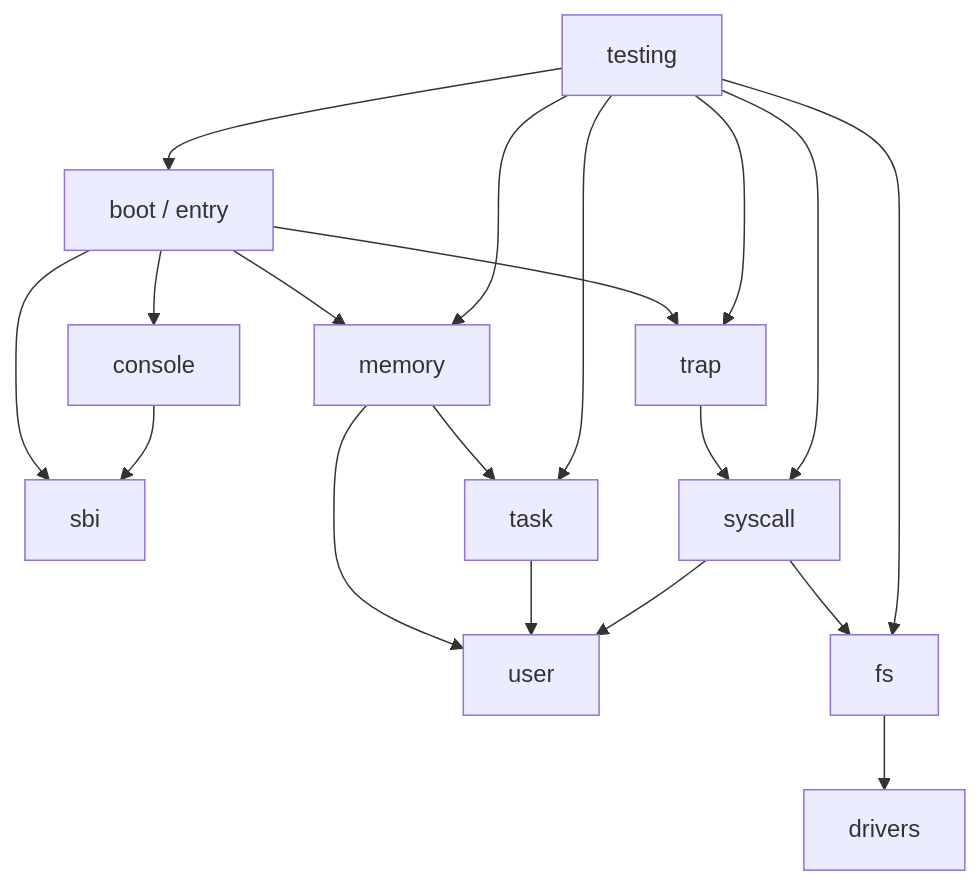
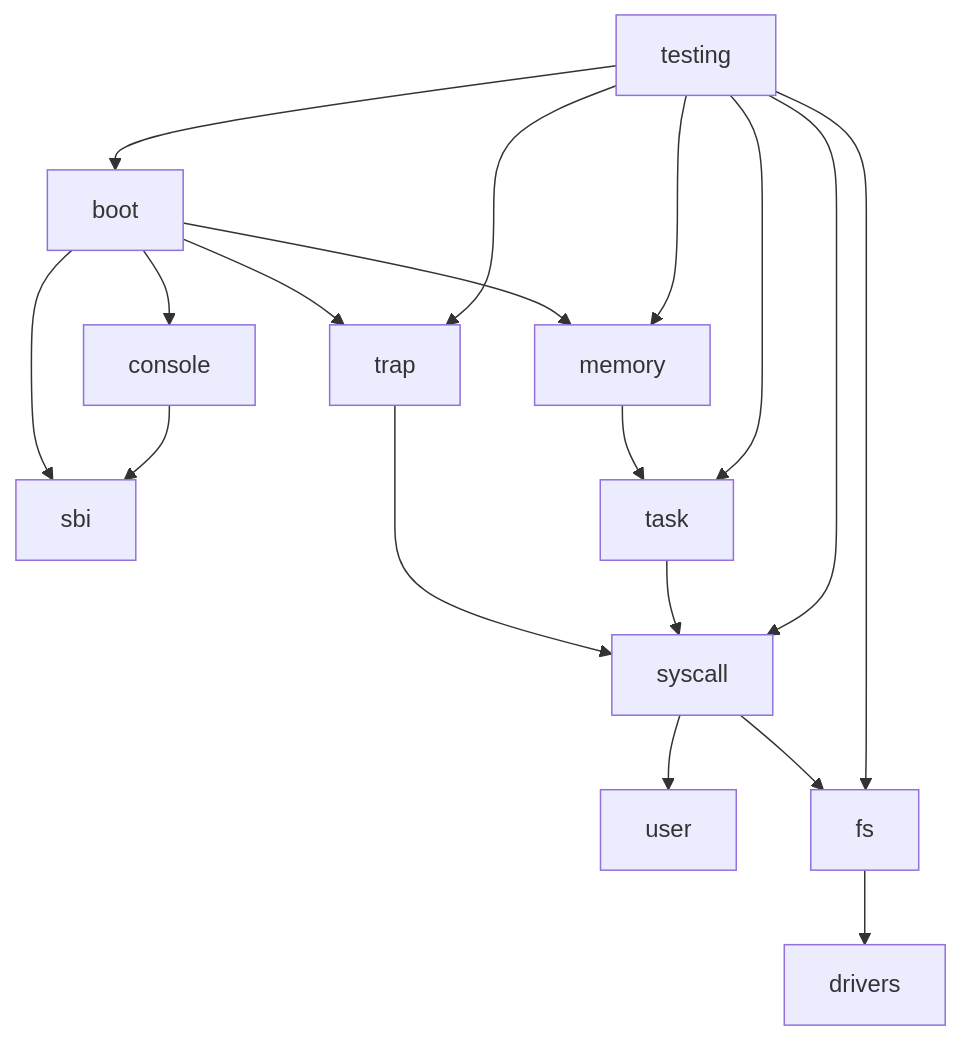
The diagram in docs/architecture.md (yicanzhang776-tech/os), drawn with Mermaid before and after one commit. The commit also changed other lines of this file and 47 other files, not shown here.

````diff
--- a/docs/architecture.md
+++ b/docs/architecture.md
@@ -18,21 +20,20 @@
 ```mermaid
 flowchart TD
-    boot["boot / entry"] --> sbi["sbi"]
+    boot["boot"] --> sbi["sbi"]
     boot --> console["console"]
     console --> sbi
     boot --> trap["trap"]
     boot --> memory["memory"]
     trap --> syscall["syscall"]
     memory --> task["task"]
-    memory --> user["user mapping"]
-    task --> user["user"]
-    syscall --> user
+    task --> syscall
+    syscall --> user["user"]
     syscall --> fs["fs"]
     fs --> drivers["drivers"]
     testing["testing"] --> boot
     testing --> trap
     testing --> memory
     testing --> task
     testing --> syscall
     testing --> fs
 ```
````
